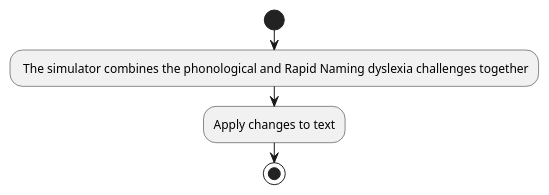
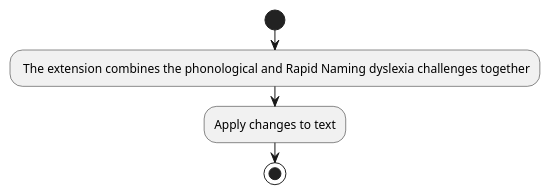
The diagram in diagrams/flow_diagrams/doubleDeficit.puml (Muhammed-als/Dyslexia-Simulator), drawn with PlantUML before and after one commit. The commit also changed 23 other files, not shown here.

Commit message:
diagrams and files are updated

```diff
--- a/diagrams/flow_diagrams/doubleDeficit.puml
+++ b/diagrams/flow_diagrams/doubleDeficit.puml
@@ -1,6 +1,6 @@
 @startuml Double Deficit
 start 
-: The simulator combines the phonological and Rapid Naming dyslexia challenges together;
+: The extension combines the phonological and Rapid Naming dyslexia challenges together;
 :Apply changes to text;
 stop
 @enduml
```
